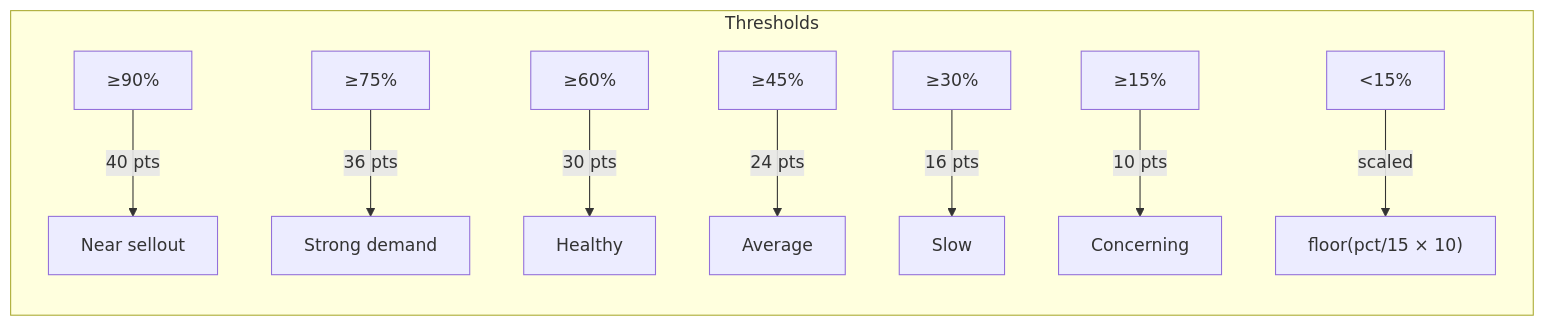
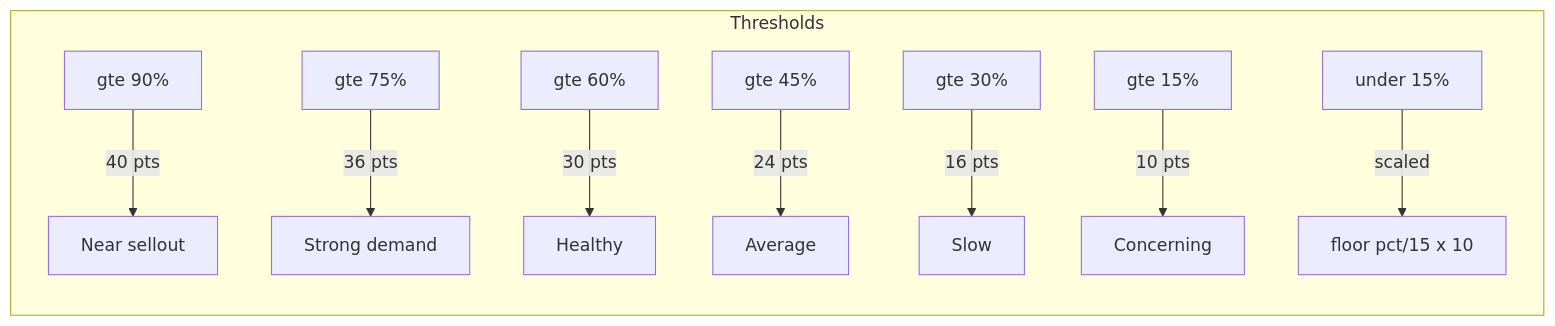
The first of 4 diagrams in docs/scoring-methodology.md (vishalm/OffplanIQ), drawn with Mermaid before and after one commit. The commit also changed other lines of this file and 5 other files, not shown here.

First line of the commit message:
Fix Mermaid diagrams across all docs for GitHub rendering

````diff
--- a/docs/scoring-methodology.md
+++ b/docs/scoring-methodology.md
@@ -34,12 +34,12 @@
 ```mermaid
 graph LR
     subgraph Thresholds
-        A["≥90%"] -->|"40 pts"| R["Near sellout"]
-        B["≥75%"] -->|"36 pts"| S["Strong demand"]
-        C["≥60%"] -->|"30 pts"| T["Healthy"]
-        D["≥45%"] -->|"24 pts"| U["Average"]
-        E["≥30%"] -->|"16 pts"| V["Slow"]
-        F["≥15%"] -->|"10 pts"| W["Concerning"]
-        G["<15%"] -->|"scaled"| X["floor(pct/15 × 10)"]
+        A["gte 90%"] -->|"40 pts"| R["Near sellout"]
+        B["gte 75%"] -->|"36 pts"| S["Strong demand"]
+        C["gte 60%"] -->|"30 pts"| T["Healthy"]
+        D["gte 45%"] -->|"24 pts"| U["Average"]
+        E["gte 30%"] -->|"16 pts"| V["Slow"]
+        F["gte 15%"] -->|"10 pts"| W["Concerning"]
+        G["under 15%"] -->|"scaled"| X["floor pct/15 x 10"]
     end
 ```
````
